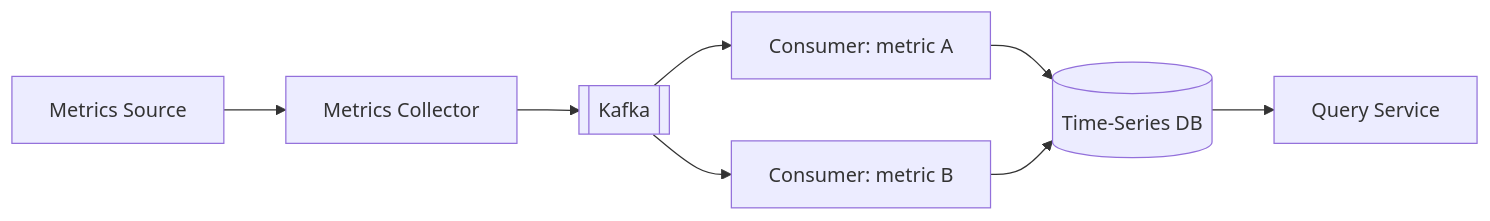
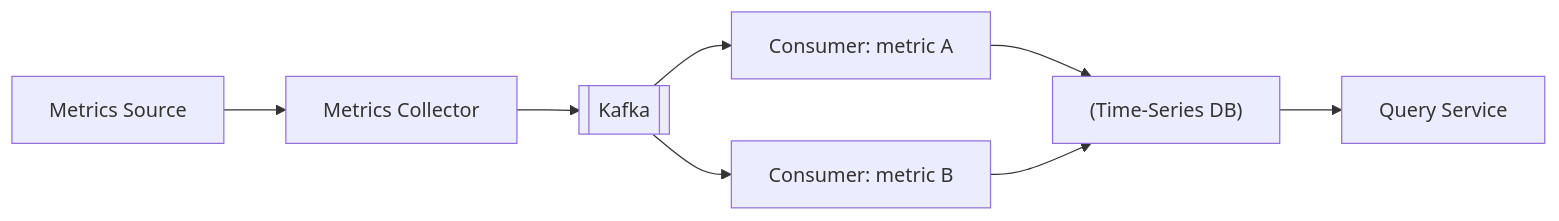
The third of 5 diagrams in files/System-Design-Questions/23-metrics_monitoring_alerting_system_design.md (pankajThakur1874/studysheet), drawn with Mermaid before and after one commit. The commit also changed other lines of this file and 102 other files, not shown here.

Commit message:
Auto-fix Mermaid diagram syntax across all study guides to prevent Syntax Error in Mermaid v10

````diff
--- a/files/System-Design-Questions/23-metrics_monitoring_alerting_system_design.md
+++ b/files/System-Design-Questions/23-metrics_monitoring_alerting_system_design.md
@@ -249,9 +249,9 @@
 ```mermaid
 flowchart LR
     MS[Metrics Source] --> MC[Metrics Collector]
     MC --> K[[Kafka]]
-    K --> C1[Consumer: metric A]
-    K --> C2[Consumer: metric B]
-    C1 & C2 --> TSDB[(Time-Series DB)]
+    K --> C1["Consumer: metric A"]
+    K --> C2["Consumer: metric B"]
+    C1 & C2 --> TSDB["(Time-Series DB)"]
     TSDB --> QS[Query Service]
 ```
````
